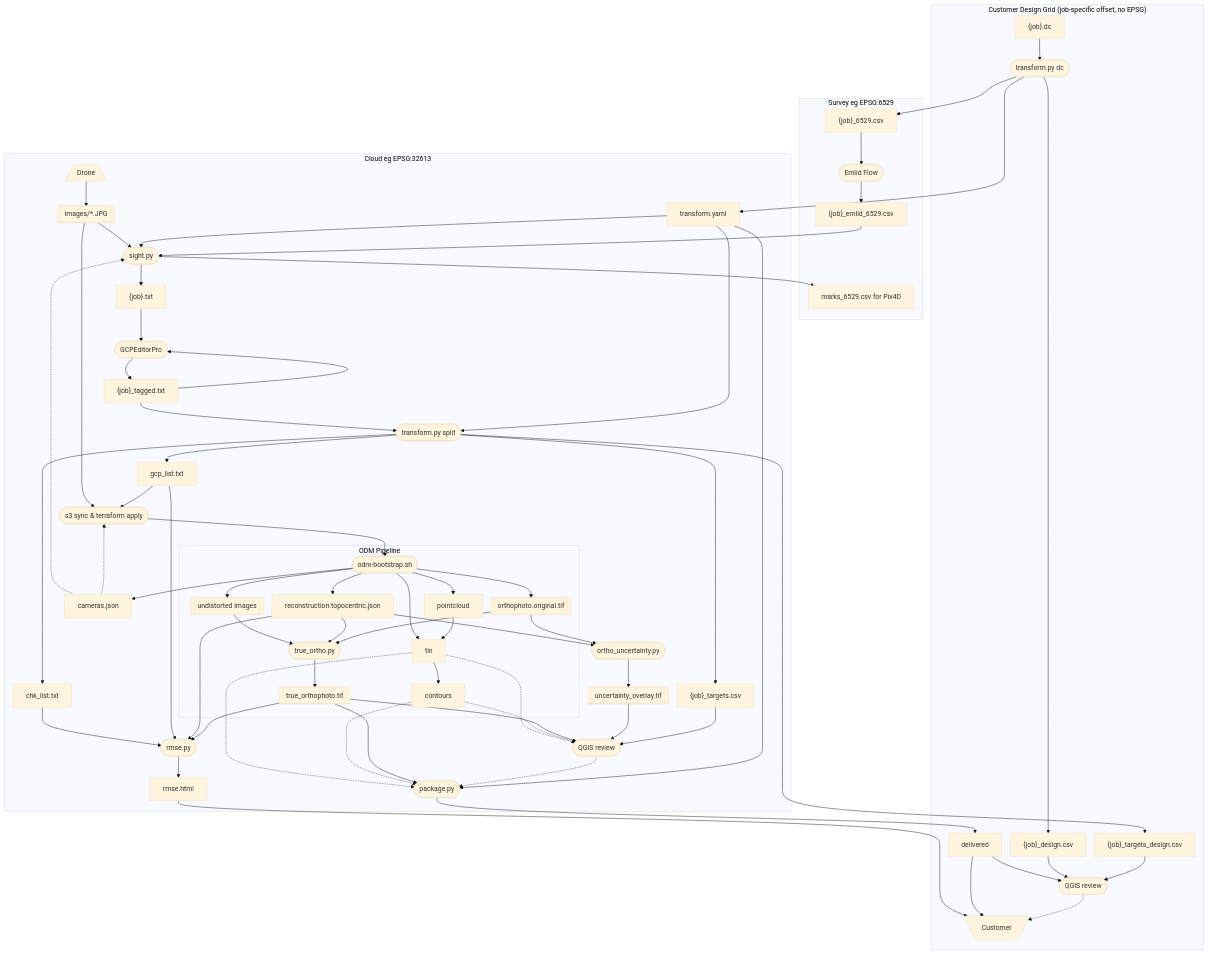
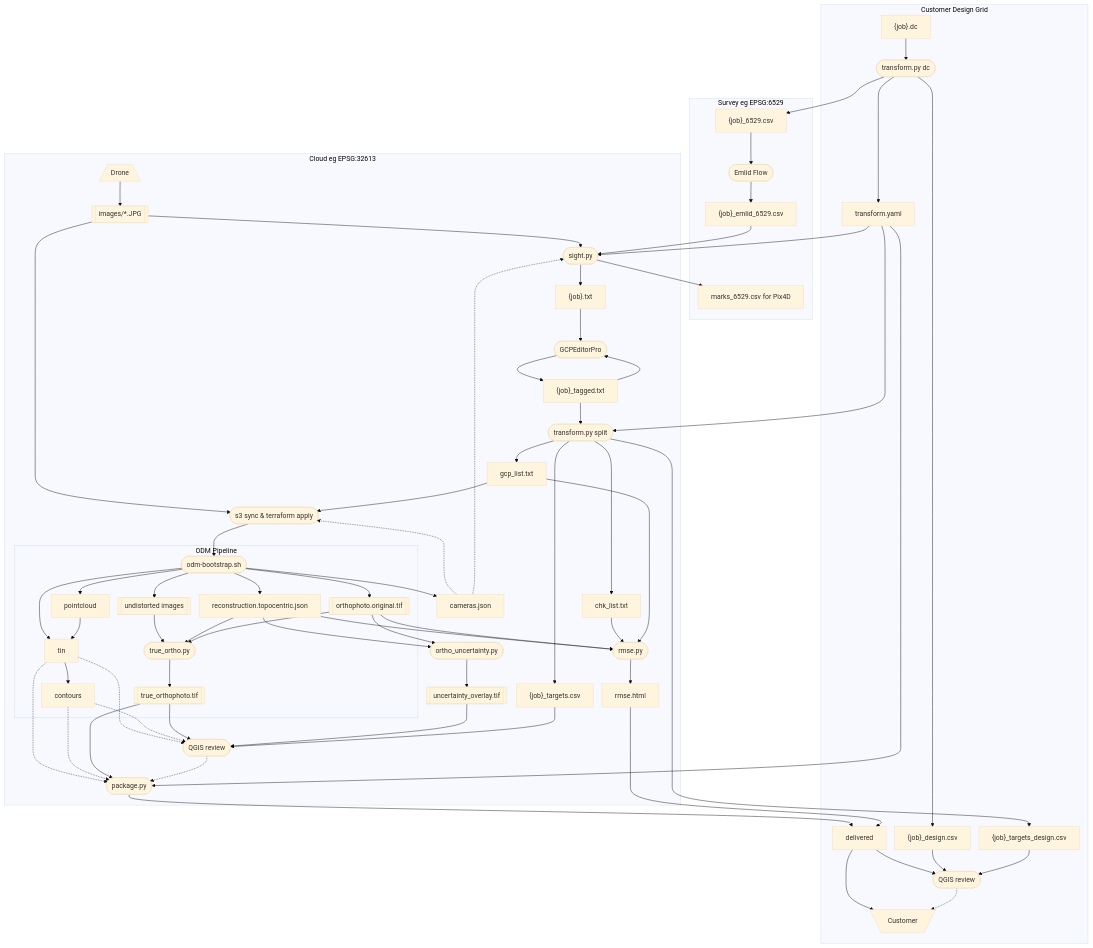
Before and after one commit to jrstear/geo: the diagram in docs/odm-workflow.md, drawn with Mermaid.

Commit message:
minor ordering changes to optimize mermaid rendering

```diff
--- a/docs/odm-workflow.md
+++ b/docs/odm-workflow.md
@@ -48,7 +48,7 @@
     qgis_cloud(["QGIS review"])
     qgis_design(["QGIS review"])
 
-    subgraph "Customer Design Grid (job-specific offset, no EPSG)"
+    subgraph "Customer Design Grid"
         cust_dc
         extract
         points_design
@@ -56,6 +56,7 @@
         delivered
         qgis_design
         customer
+        transform_yaml
     end
 
     subgraph "Survey eg EPSG:6529"
@@ -70,7 +71,6 @@
         images
         pretag
         sight
-        transform_yaml
         gcpeditor
         tagged
         split
@@ -123,15 +123,13 @@
     split --> targets_design
     gcp_list --> launch_odm
     odm --> model
+    cameras -.-> launch_odm
     cameras -.-> sight
-    cameras -.-> launch_odm
     odm --> undistorted
     odm --> orthophoto
     odm --> pointcloud
     odm --> tin
     odm --> cameras
-    chk_list --> rmse
-    gcp_list --> rmse
     model --> uncertainty
     model --> rmse
     model --> true_ortho
@@ -141,7 +139,9 @@
     contours -.-> qgis_cloud
     contours -.-> packager
     true_ortho_tif --> qgis_cloud
-    true_ortho_tif --> rmse
+    orthophoto --> rmse
+    chk_list --> rmse
+    gcp_list --> rmse
     true_ortho_tif --> packager
     qgis_cloud -.-> packager
     orthophoto --> uncertainty
@@ -152,7 +152,7 @@
     uncertainty_tif --> qgis_cloud
     transform_yaml --> packager
     packager --> delivered
-    report --> customer
+    report --> delivered
     delivered --> customer
     delivered --> qgis_design
     points_design --> qgis_design
```
